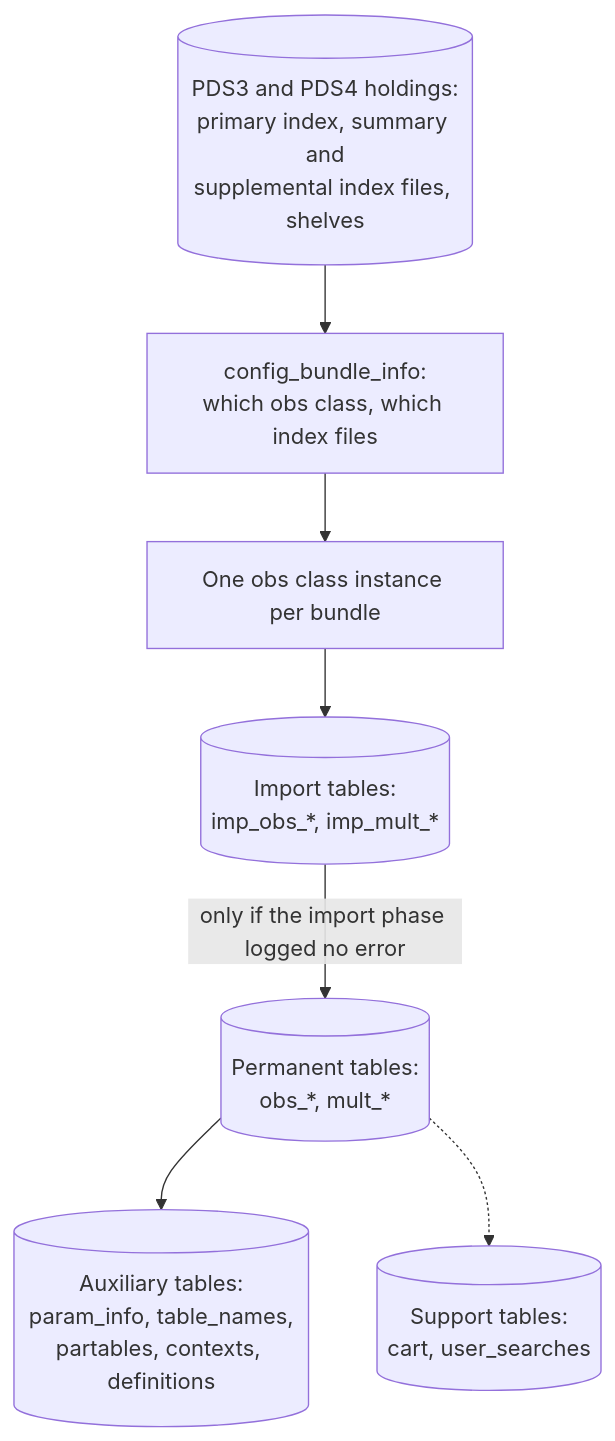
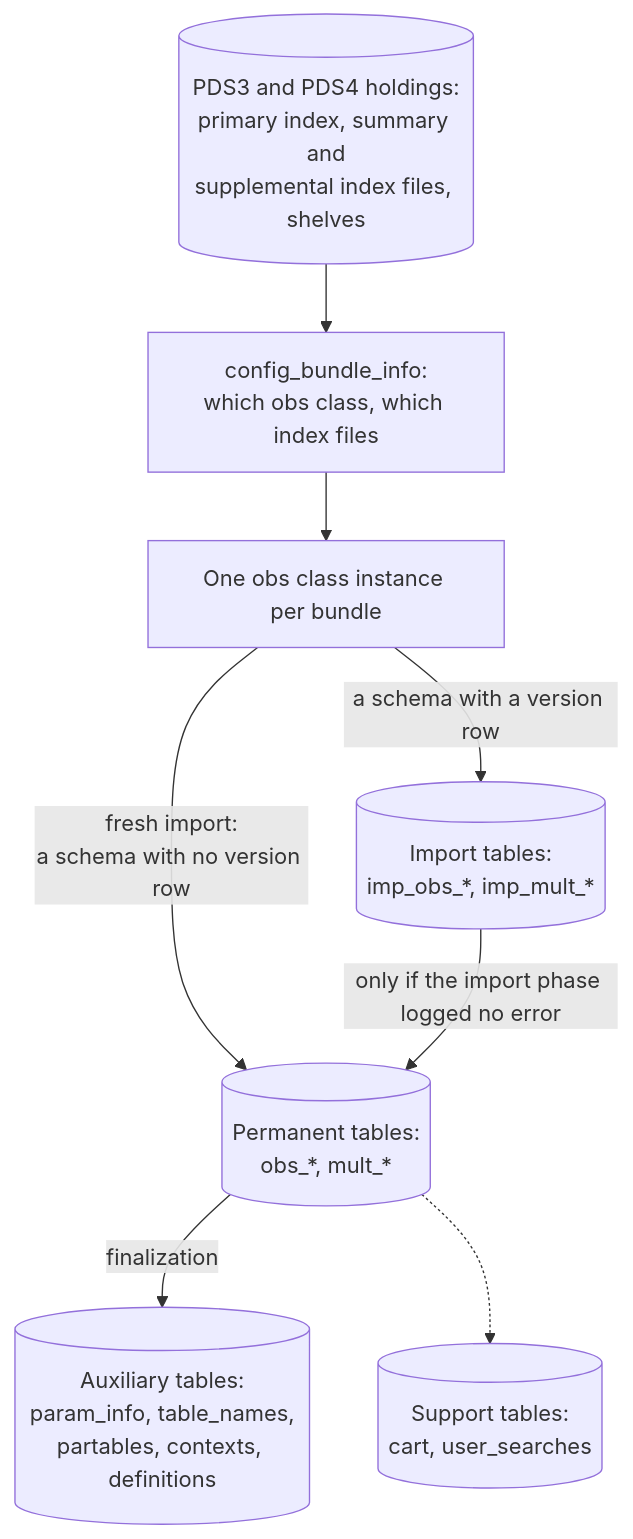
Before and after one commit to SETI/rms-opus: the diagram in docs/dev_guide_import_overview.rst, drawn with Mermaid. The commit also changed other lines of this file and 67 other files, not shown here.

First line of the commit message:
feat: fresh import a schema directly, with its indexes created once at the end

```diff
--- a/docs/dev_guide_import_overview.rst
+++ b/docs/dev_guide_import_overview.rst
@@ -21,18 +21,19 @@
 .. mermaid::
     :zoom:
 
     flowchart TD
         H[(PDS3 and PDS4 holdings:<br/>primary index, summary and<br/>supplemental index files, shelves)]
         BI[config_bundle_info:<br/>which obs class, which index files]
         OB[One obs class instance per bundle]
         IMP[(Import tables:<br/>imp_obs_*, imp_mult_*)]
         PERM[(Permanent tables:<br/>obs_*, mult_*)]
         AUX[(Auxiliary tables:<br/>param_info, table_names,<br/>partables, contexts, definitions)]
         SUP[(Support tables:<br/>cart, user_searches)]
 
         H --> BI
         BI --> OB
-        OB --> IMP
+        OB -->|fresh import:<br/>a schema with no version row| PERM
+        OB -->|a schema with a version row| IMP
         IMP -->|only if the import phase logged no error| PERM
-        PERM --> AUX
+        PERM -->|finalization| AUX
         PERM -.-> SUP
```
